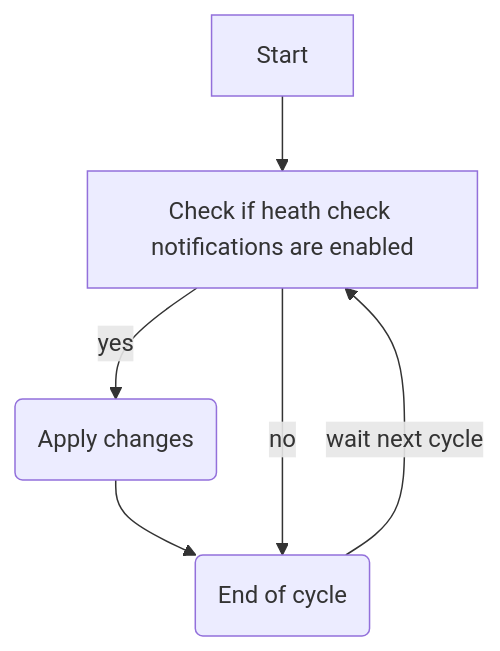
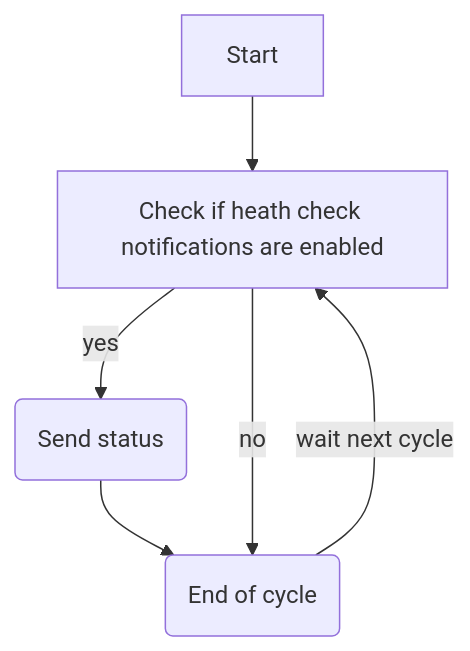
Before and after one commit to Kata-Ceals/Architectural-Katas-Fall-2023: diagram 11 of 11 in 2.SolutionBackground/2.ProposedScenarios.md, drawn with Mermaid.

Commit message:
Update 2.ProposedScenarios.md (#9)

````diff
--- a/2.SolutionBackground/2.ProposedScenarios.md
+++ b/2.SolutionBackground/2.ProposedScenarios.md
@@ -212,13 +212,13 @@
 ```mermaid
 flowchart TD
     CheckConfig[Check if heath check notifications are enabled]
-    SendStatus(Apply changes)
+    SendStatus(Send status)
     EndCycle(End of cycle)
 
     Start --> CheckConfig
 
 		CheckConfig --> |yes| SendStatus
     SendStatus --> EndCycle
 		CheckConfig --> |no| EndCycle
     EndCycle --> |wait next cycle| CheckConfig
 ```
````
